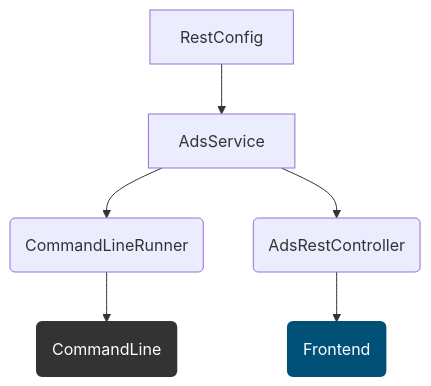
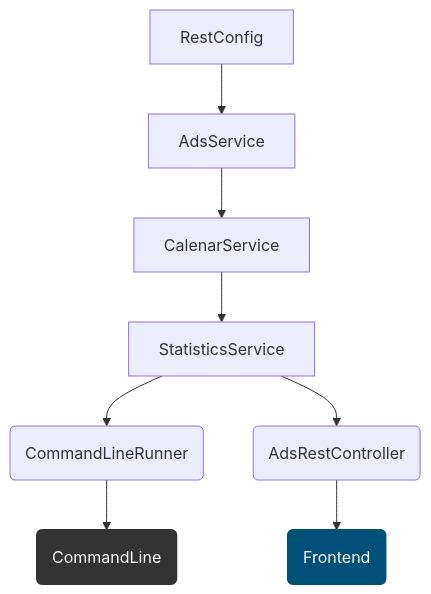
The diagram in README.md (usmanawans/Arbeidsplassen-API), drawn with Mermaid before and after one commit. The commit also changed other lines of this file, not shown here.

Commit message:
JIRA-4: Oppdaterer README.md utkast

````diff
--- a/README.md
+++ b/README.md
@@ -30,12 +27,14 @@
 ```mermaid
 flowchart TD
     RestConfig --> AdsService
-    AdsService --> CommandLineRunner
-    AdsService --> AdsRestController
+    AdsService --> CalenarService
+    CalenarService --> StatisticsService
+    StatisticsService --> CommandLineRunner
+    StatisticsService --> AdsRestController
 
     CommandLineRunner(CommandLineRunner)-->id1(CommandLine)
     AdsRestController(AdsRestController)-->id2(Frontend)
 
     style id1 fill:#333,stroke:#333,stroke-width:2px,color:#fff
     style id2 fill:#005077,stroke:#005077,stroke-width:2px,color:#fff
 ```
````
